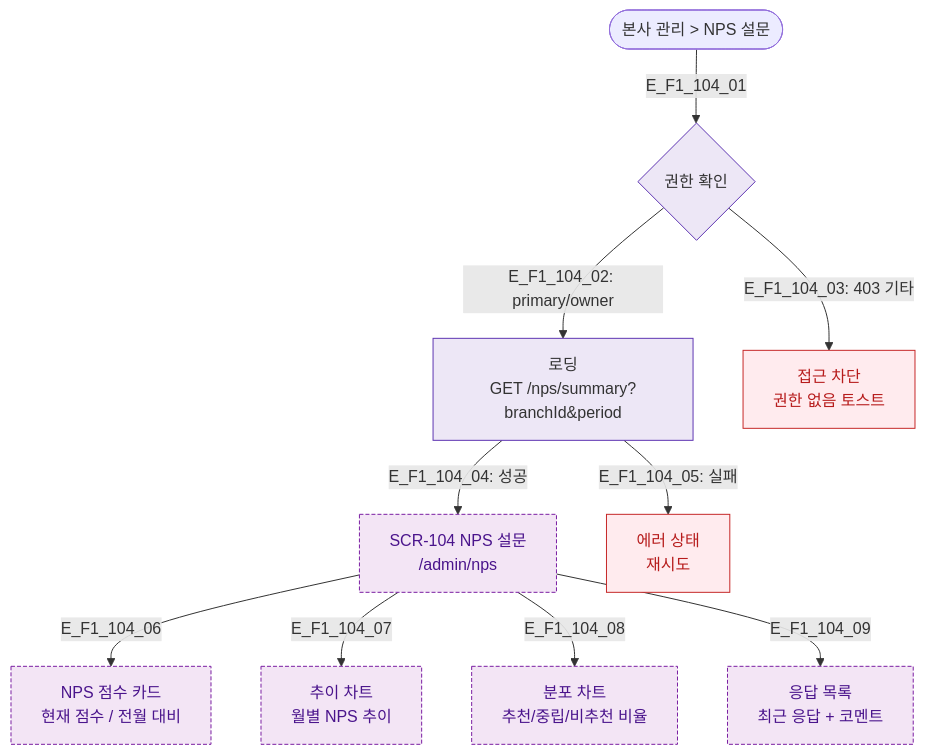
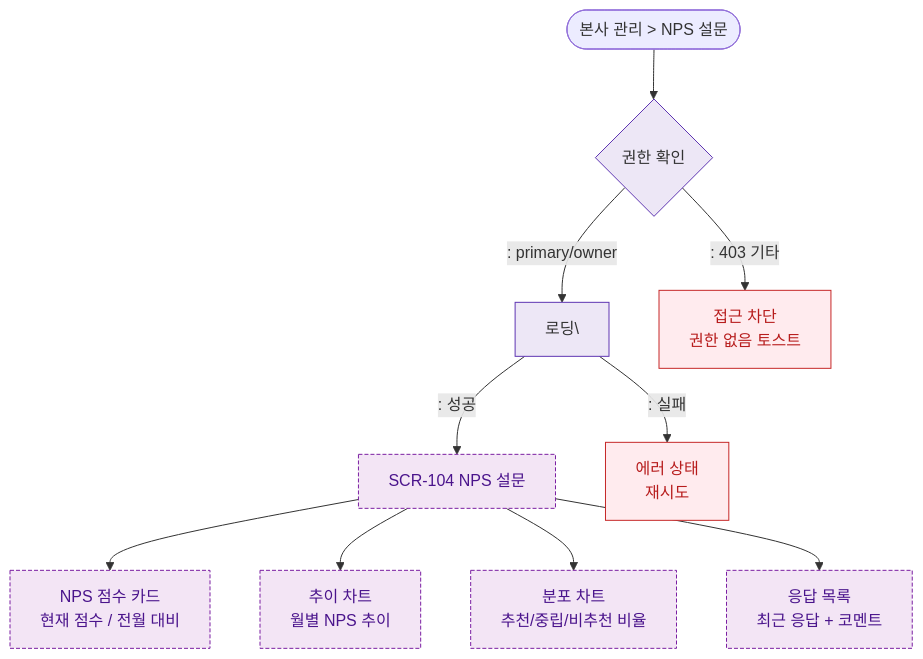
One commit to dev-spogym/admin-pando changed the diagram in docs/다이어그램/D10_본사관리/SCR-104_NPS설문/F1_진입.md. Above: the diagram before and after it, drawn with Mermaid. The commit also changed other lines of this file and 1660 other files, not shown here.

First line of the commit message:
다이어그램: 기획자/클라이언트 납품본으로 정리

````diff
--- a/docs/다이어그램/D10_본사관리/SCR-104_NPS설문/F1_진입.md
+++ b/docs/다이어그램/D10_본사관리/SCR-104_NPS설문/F1_진입.md
@@ -14,23 +12,23 @@
 ```mermaid
 flowchart TD
-    Sidebar([본사 관리 > NPS 설문]) -->|E_F1_104_01| Auth{권한 확인}
-    Auth -->|"E_F1_104_02: primary/owner"| Loading[로딩\nGET /nps/summary?branchId&period]
-    Auth -->|"E_F1_104_03: 403 기타"| Blocked[접근 차단\n권한 없음 토스트]
+    Sidebar([본사 관리 > NPS 설문]) --> Auth{권한 확인}
+    Auth -->|": primary/owner"|Loading[로딩\]
+    Auth -->|": 403 기타"|Blocked[접근 차단\n권한 없음 토스트]
 
-    Loading -->|"E_F1_104_04: 성공"| SCR104[SCR-104 NPS 설문\n/admin/nps]
-    Loading -->|"E_F1_104_05: 실패"| ErrorState[에러 상태\n재시도]
+    Loading -->|": 성공"|SCR104[SCR-104 NPS 설문\n]
+    Loading -->|": 실패"|ErrorState[에러 상태\n재시도]
 
-    SCR104 -->|E_F1_104_06| ScoreCard[NPS 점수 카드\n현재 점수 / 전월 대비]
-    SCR104 -->|E_F1_104_07| TrendChart[추이 차트\n월별 NPS 추이]
-    SCR104 -->|E_F1_104_08| DistChart[분포 차트\n추천/중립/비추천 비율]
-    SCR104 -->|E_F1_104_09| ResponseList[응답 목록\n최근 응답 + 코멘트]
+    SCR104 --> ScoreCard[NPS 점수 카드\n현재 점수 / 전월 대비]
+    SCR104 --> TrendChart[추이 차트\n월별 NPS 추이]
+    SCR104 --> DistChart[분포 차트\n추천/중립/비추천 비율]
+    SCR104 --> ResponseList[응답 목록\n최근 응답 + 코멘트]
 
     classDef screen fill:#E3F2FD,stroke:#1976D2,color:#0D47A1
     classDef newFeature fill:#F3E5F5,stroke:#7B1FA2,color:#4A148C,stroke-dasharray:4 2
     classDef error fill:#FFEBEE,stroke:#C62828,color:#B71C1C
     classDef system fill:#EDE7F6,stroke:#5E35B2
     class SCR104 newFeature
     class ScoreCard,TrendChart,DistChart,ResponseList newFeature
     class ErrorState,Blocked error
     class Loading,Auth system
 ```
````
